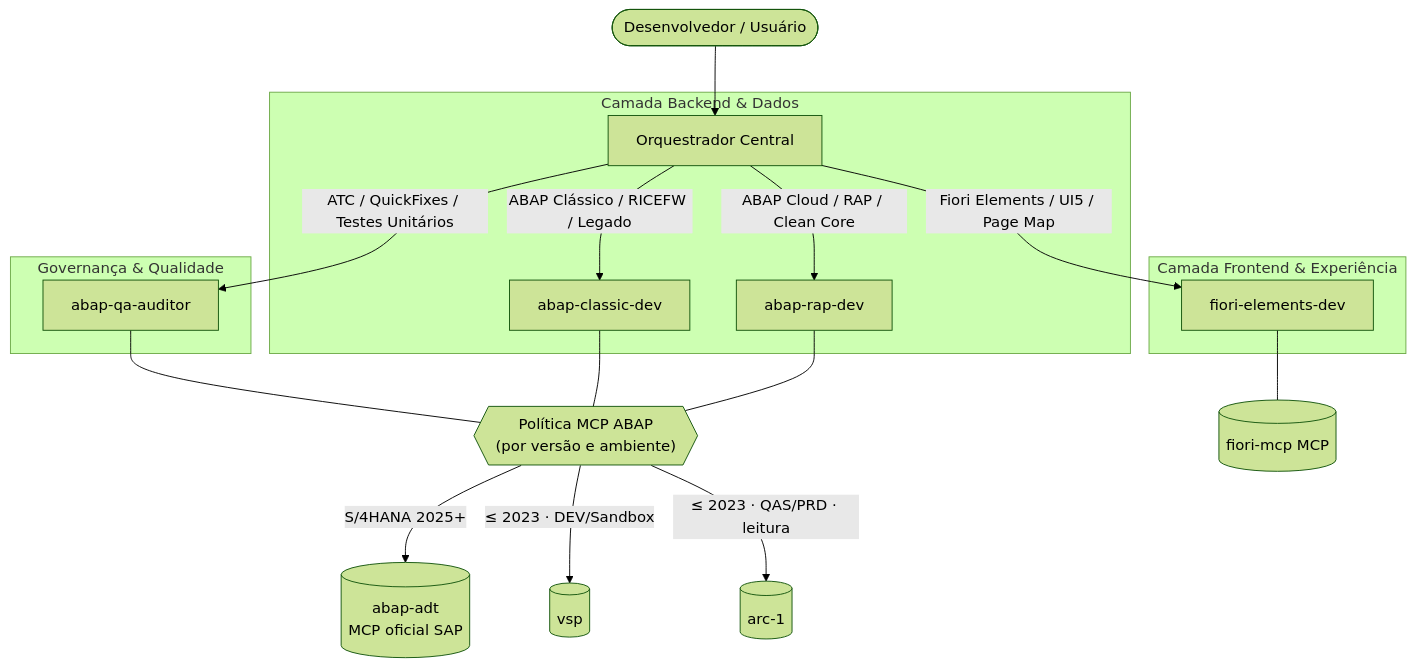
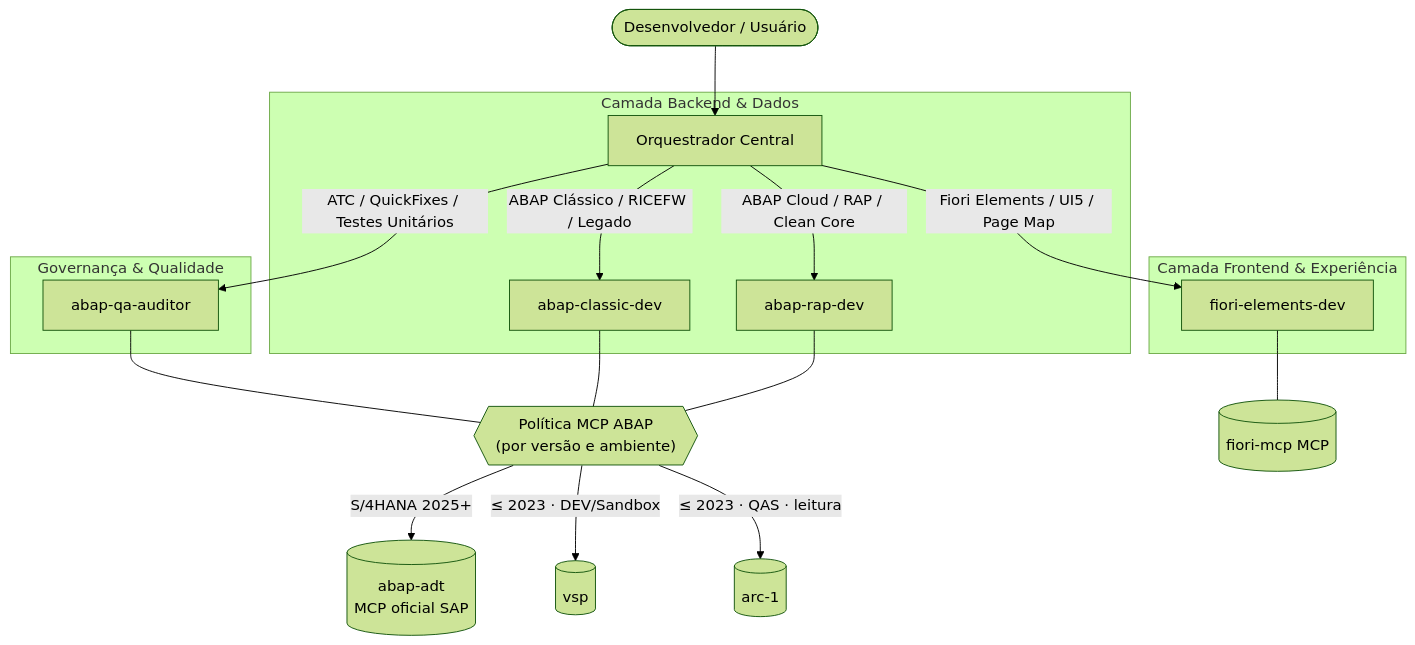
One commit to josevictormartinsdasilva/abap-full-stack-sample changed the diagram in README.md. Above: the diagram before and after it, drawn with Mermaid (forest theme). The commit also changed other lines of this file and 31 other files, not shown here.

````diff
--- a/README.md
+++ b/README.md
@@ -13,25 +13,25 @@
 ```mermaid
 flowchart TD
     User([Desenvolvedor / Usuário]) --> Lead[Orquestrador Central]
 
     subgraph Backend_Layer["Camada Backend & Dados"]
         Lead -->|ABAP Cloud / RAP / Clean Core| RAP["abap-rap-dev"]
         Lead -->|ABAP Clássico / RICEFW / Legado| Classic["abap-classic-dev"]
     end
 
     subgraph Frontend_Layer["Camada Frontend & Experiência"]
         Lead -->|Fiori Elements / UI5 / Page Map| Fiori["fiori-elements-dev"]
     end
 
     subgraph Quality_Layer["Governança & Qualidade"]
         Lead -->|ATC / QuickFixes / Testes Unitários| QA["abap-qa-auditor"]
     end
 
     RAP --- SAP_MCP{{"Política MCP ABAP<br/>(por versão e ambiente)"}}
     Classic --- SAP_MCP
     QA --- SAP_MCP
     SAP_MCP -->|S/4HANA 2025+| ADT_MCP[(abap-adt<br/>MCP oficial SAP)]
     SAP_MCP -->|≤ 2023 · DEV/Sandbox| VSP_MCP[(vsp)]
-    SAP_MCP -->|≤ 2023 · QAS/PRD · leitura| ARC_MCP[(arc-1)]
+    SAP_MCP -->|≤ 2023 · QAS · leitura| ARC_MCP[(arc-1)]
     Fiori --- FIORI_MCP[(fiori-mcp MCP)]
 ```
````
